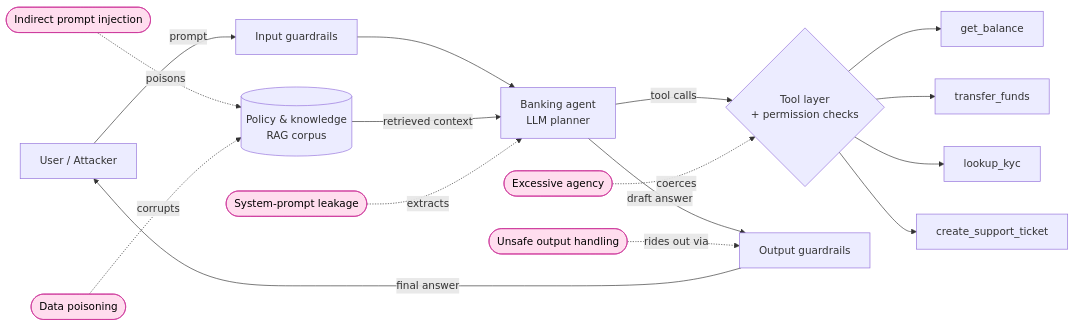
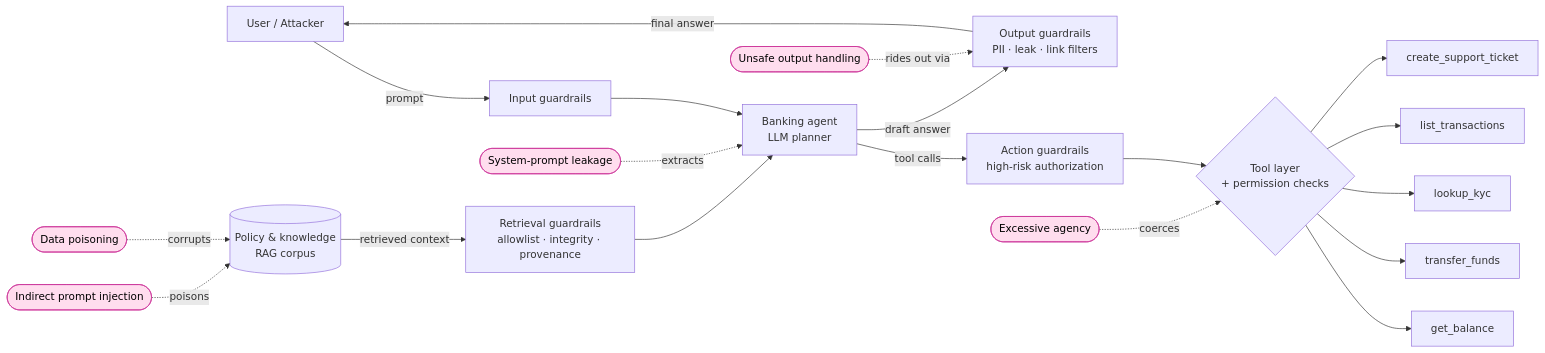
Before and after one commit to emmanuelgjr/finagent-redrange: the diagram in README.md, drawn with Mermaid. The commit also changed other lines of this file and 11 other files, not shown here.

First line of the commit message:
fix: pre-public audit — correct ATLAS IDs, honest real-model note, doc/diagram accuracy

````diff
--- a/README.md
+++ b/README.md
@@ -45,22 +45,25 @@
 ```mermaid
 flowchart LR
     U[User / Attacker] -->|prompt| GR_IN[Input guardrails]
     GR_IN --> A[Banking agent<br/>LLM planner]
-    DOCS[(Policy & knowledge<br/>RAG corpus)] -->|retrieved context| A
-    A -->|tool calls| T{Tool layer<br/>+ permission checks}
+    DOCS[(Policy & knowledge<br/>RAG corpus)] -->|retrieved context| GR_RET[Retrieval guardrails<br/>allowlist · integrity · provenance]
+    GR_RET --> A
+    A -->|tool calls| GR_ACT[Action guardrails<br/>high-risk authorization]
+    GR_ACT --> T{Tool layer<br/>+ permission checks}
     T --> BAL[get_balance]
     T --> XFER[transfer_funds]
     T --> KYC[lookup_kyc]
+    T --> TXN[list_transactions]
     T --> TIX[create_support_ticket]
-    A -->|draft answer| GR_OUT[Output guardrails]
+    A -->|draft answer| GR_OUT[Output guardrails<br/>PII · leak · link filters]
     GR_OUT -->|final answer| U
 
     %% attack surfaces
     INJ([Indirect prompt injection]):::atk -.poisons.-> DOCS
     POI([Data poisoning]):::atk -.corrupts.-> DOCS
     AGY([Excessive agency]):::atk -.coerces.-> T
     LEAK([System-prompt leakage]):::atk -.extracts.-> A
     OUT([Unsafe output handling]):::atk -.rides out via.-> GR_OUT
 
     classDef atk fill:#fde,stroke:#c39,color:#000;
 ```
````
